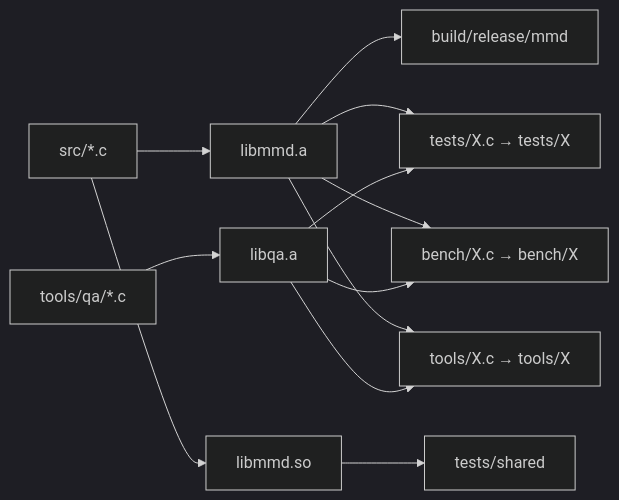
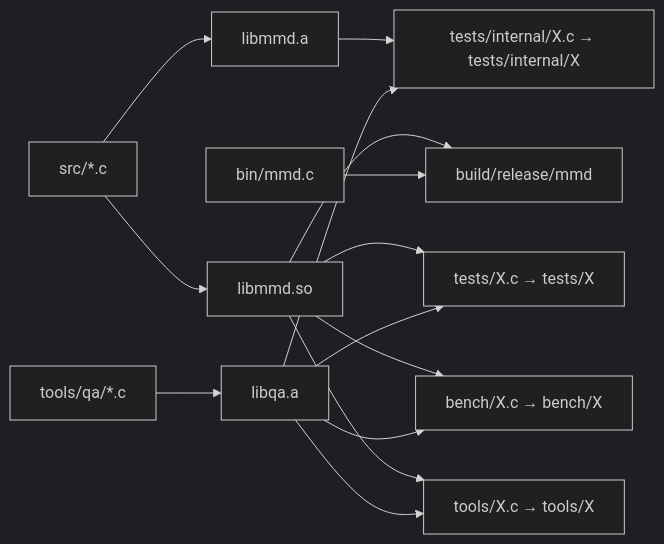
Before and after one commit to zhaob1n/libmmd: the diagram in docs/dev/INTERNALS.md, drawn with Mermaid (dark theme). The commit also changed other lines of this file and 13 other files, not shown here.

````diff
--- a/docs/dev/INTERNALS.md
+++ b/docs/dev/INTERNALS.md
@@ -247,8 +247,8 @@
 ```mermaid
 flowchart LR
   src[src/*.c] --> a[libmmd.a] & so[libmmd.so]
-  a --> mmd[build/release/mmd]
+  so & cli[bin/mmd.c] --> mmd[build/release/mmd]
   qa[tools/qa/*.c] --> kit[libqa.a]
-  a & kit --> t["tests/X.c → tests/X"] & b["bench/X.c → bench/X"] & d["tools/X.c → tools/X"]
-  so --> ts[tests/shared]
+  so & kit --> t["tests/X.c → tests/X"] & b["bench/X.c → bench/X"] & d["tools/X.c → tools/X"]
+  a & kit --> i["tests/internal/X.c → tests/internal/X"]
 ```
````
